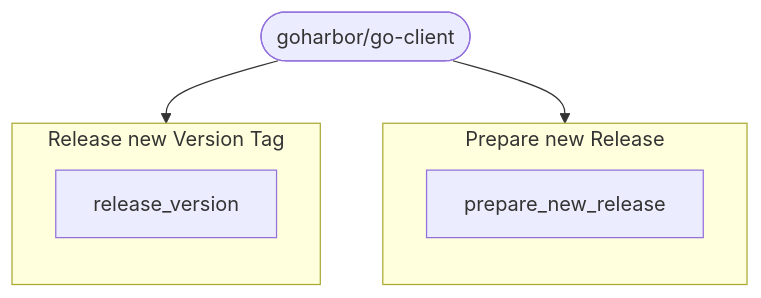
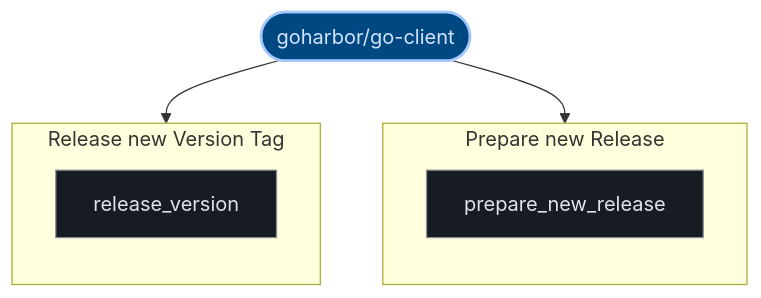
The third of 3 diagrams in exports/latest/reports/goharbor-go-client-report.md (kumarshaz/atruss-code-atlas), drawn with Mermaid before and after one commit. The commit also changed other lines of this file and 331 other files, not shown here.

Commit message:
docs,ui,fix: update SDLC docs, reorder CI/CD DAG first, stylize Mermaid, and fix Arc42 pipeline topology

````diff
--- a/exports/latest/reports/goharbor-go-client-report.md
+++ b/exports/latest/reports/goharbor-go-client-report.md
@@ -198,14 +209,21 @@
 ```mermaid
 graph TD;
-  pipeline_root(["goharbor/go-client"])
+  classDef atlasRoot fill:#004882,stroke:#a3c9ff,stroke-width:2px,color:#d3e4ff
+  classDef atlasCategory fill:#212428,stroke:#E87A48,stroke-width:1.5px,color:#dfe3eb
+  classDef atlasWorkflow fill:#1b2026,stroke:#a3c9ff,stroke-width:1.5px,color:#dfe3eb
+  classDef atlasJob fill:#171c22,stroke:#8d9199,stroke-width:1px,color:#dfe3eb
+  classDef atlasTarget fill:#005227,stroke:#8bd99b,stroke-width:1.5px,color:#a7f6b6
+  classDef atlasAlert fill:#93000a,stroke:#ffb4ab,stroke-width:1.5px,color:#ffdad6
+  classDef atlasMore fill:#252a31,stroke:#8d9199,stroke-dasharray:4 4,color:#c3c6cf
+  pipeline_root(["goharbor/go-client"]):::atlasRoot
   subgraph Prepare_new_Release_0["Prepare new Release"]
     direction TB
-    0_prepare_new_release["prepare_new_release"]
+    0_prepare_new_release["prepare_new_release"]:::atlasJob
   end
   pipeline_root --> 0_prepare_new_release
   subgraph Release_new_Version_Tag_1["Release new Version Tag"]
     direction TB
-    1_release_version["release_version"]
+    1_release_version["release_version"]:::atlasJob
   end
   pipeline_root --> 1_release_version
 ```
````
